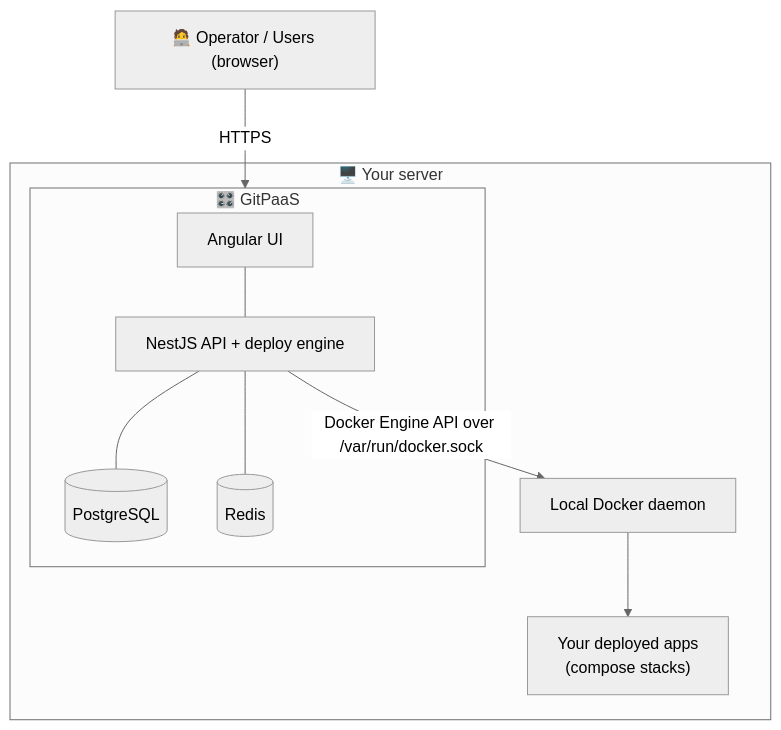
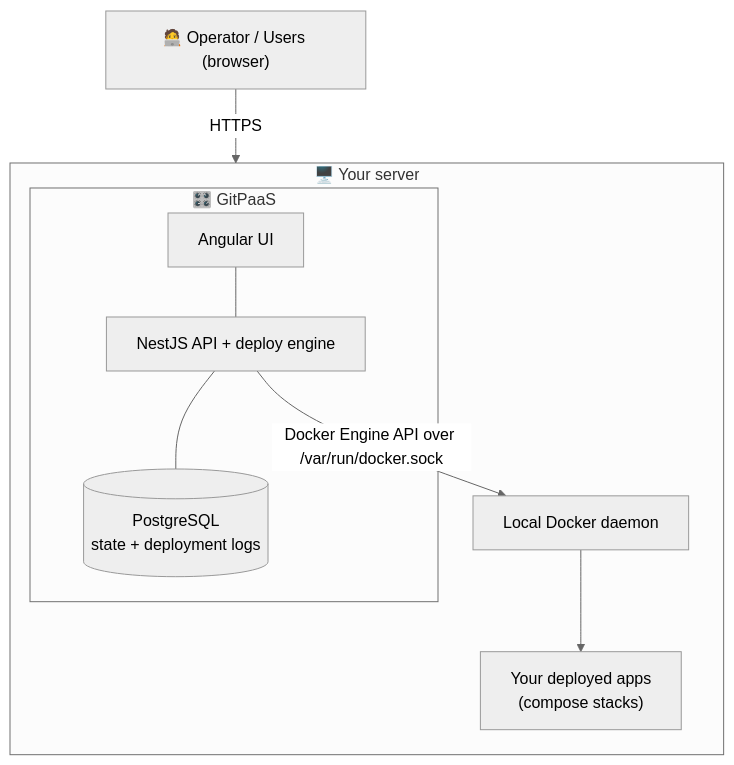
The diagram in README.md (GitOpsLovers/gitpaas), drawn with Mermaid (neutral theme) before and after one commit. The commit also changed other lines of this file and 74 other files, not shown here.

Commit message:
feat: change deployment logs system (#37)

````diff
--- a/README.md
+++ b/README.md
@@ -59,15 +58,14 @@
 ```mermaid
 flowchart TD
     U["🧑‍💻 Operator / Users (browser)"] -->|HTTPS| CP
 
     subgraph SRV["🖥️ Your server"]
         subgraph CP["🎛️ GitPaaS"]
             FE["Angular UI"] --- BE["NestJS API + deploy engine"]
-            BE --- PG[("PostgreSQL")]
-            BE --- RD[("Redis")]
+            BE --- PG[("PostgreSQL<br/>state + deployment logs")]
         end
 
         BE -->|"Docker Engine API over /var/run/docker.sock"| DK["Local Docker daemon"]
         DK --> APPS["Your deployed apps<br/>(compose stacks)"]
     end
 ```
````
